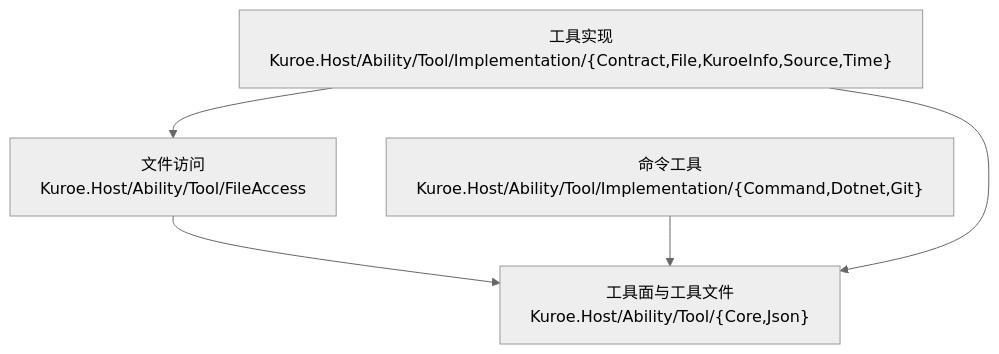
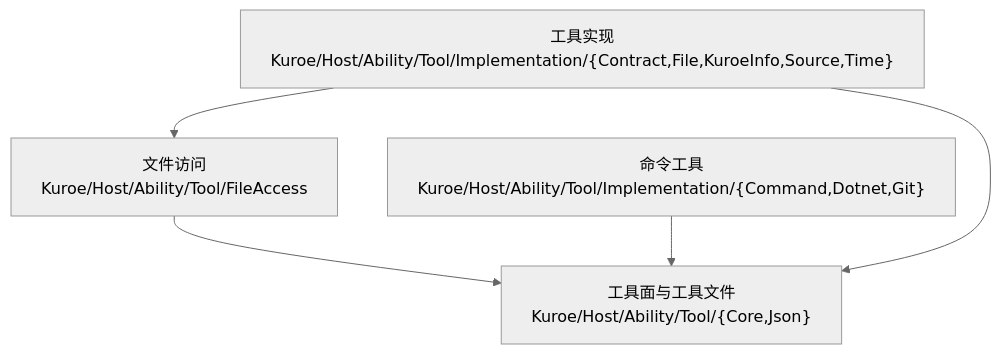
The diagram in docs/dev/architecture/functional-boundary/ability/tool/index.md (DrMelt/Kuroe), drawn with Mermaid (neutral theme) before and after one commit. The commit also changed 1355 other files, not shown here.

````diff
--- a/docs/dev/architecture/functional-boundary/ability/tool/index.md
+++ b/docs/dev/architecture/functional-boundary/ability/tool/index.md
@@ -5,11 +5,11 @@
 ```mermaid
 flowchart TD
-    Core["工具面与工具文件<br>Kuroe.Host/Ability/Tool/{Core,Json}"]
-    FileAccess["文件访问<br>Kuroe.Host/Ability/Tool/FileAccess"]
-    CommandTools["命令工具<br>Kuroe.Host/Ability/Tool/Implementation/{Command,Dotnet,Git}"]
-    Implementation["工具实现<br>Kuroe.Host/Ability/Tool/Implementation/{Contract,File,KuroeInfo,Source,Time}"]
+    Core["工具面与工具文件<br>Kuroe/Host/Ability/Tool/{Core,Json}"]
+    FileAccess["文件访问<br>Kuroe/Host/Ability/Tool/FileAccess"]
+    CommandTools["命令工具<br>Kuroe/Host/Ability/Tool/Implementation/{Command,Dotnet,Git}"]
+    Implementation["工具实现<br>Kuroe/Host/Ability/Tool/Implementation/{Contract,File,KuroeInfo,Source,Time}"]
     FileAccess --> Core
     CommandTools --> Core
     Implementation --> Core
     Implementation --> FileAccess
 ```
````
